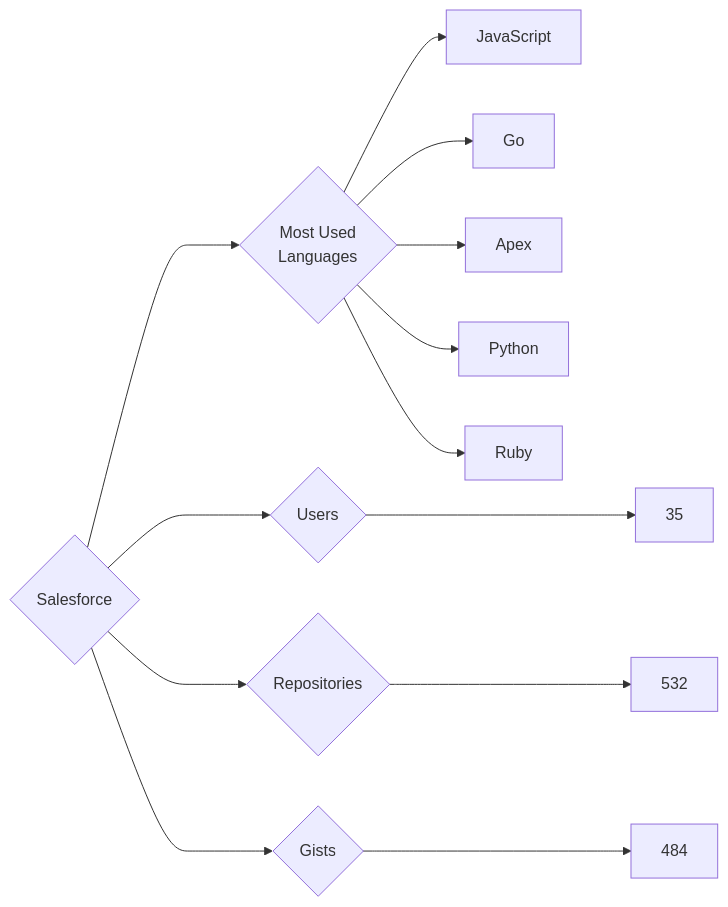
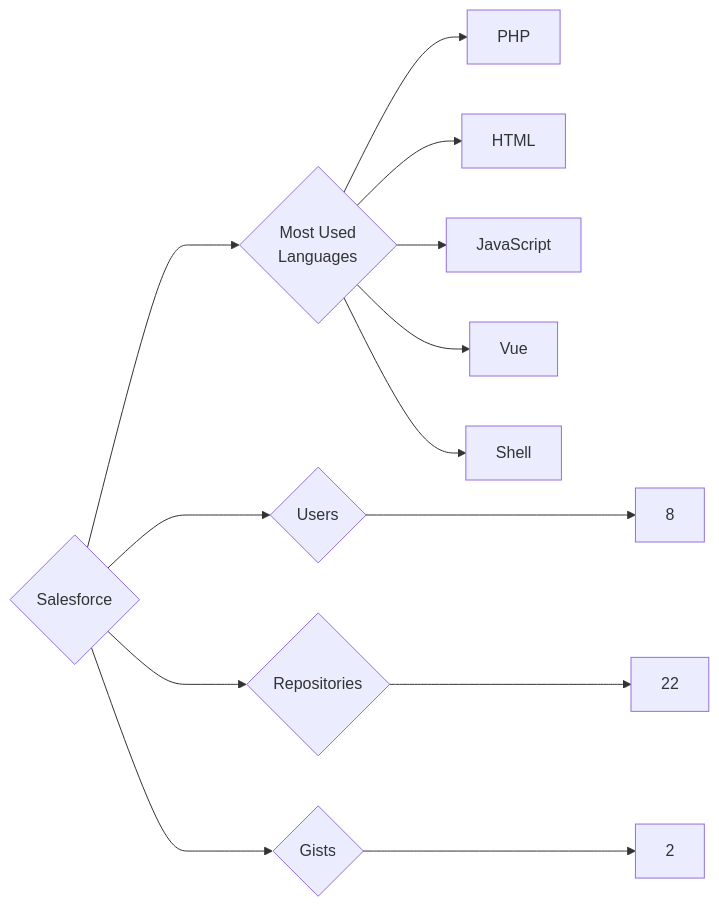
The diagram in targets/Salesforce/README.md (trickest/insiders), drawn with Mermaid before and after one commit. The commit also changed 1496 other files, not shown here.

````diff
--- a/targets/Salesforce/README.md
+++ b/targets/Salesforce/README.md
@@ -3,13 +3,13 @@
 ```mermaid
 graph LR
 COMPANY_NAME{Salesforce}
-COMPANY_NAME ---> U{Users} ---> UN[35]
-COMPANY_NAME ---> R{Repositories} ---> RN[532]
-COMPANY_NAME ---> G{Gists} ---> GN[484]
+COMPANY_NAME ---> U{Users} ---> UN[8]
+COMPANY_NAME ---> R{Repositories} ---> RN[22]
+COMPANY_NAME ---> G{Gists} ---> GN[2]
 COMPANY_NAME ---> ML{Most Used<br>Languages}
+ML --> PHP[PHP]
+ML --> HTML[HTML]
 ML --> JavaScript[JavaScript]
-ML --> Go[Go]
-ML --> Apex[Apex]
-ML --> Python[Python]
-ML --> Ruby[Ruby]
+ML --> Vue[Vue]
+ML --> Shell[Shell]
 ```
````
